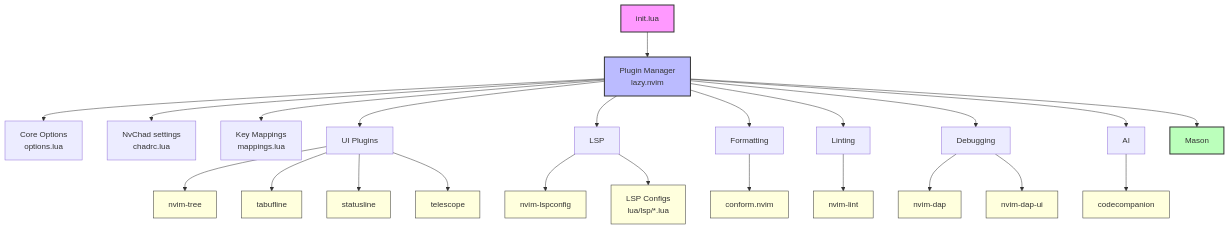
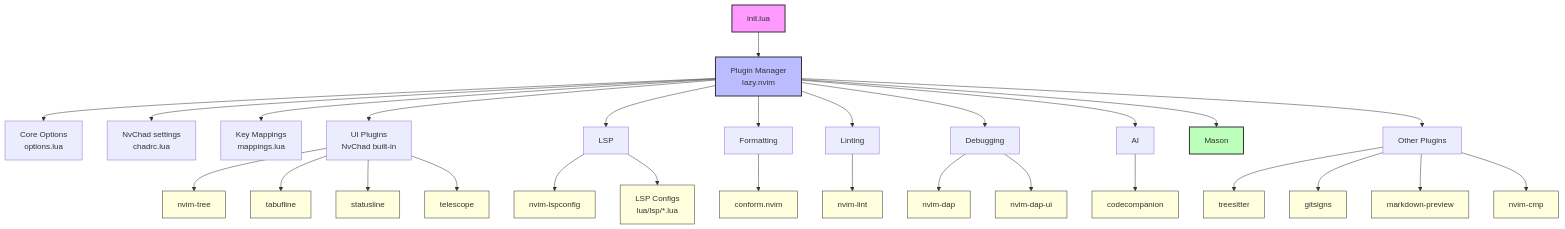
The diagram in _posts/2026-01-01-nvmegachad.md (le4ker/blog), drawn with Mermaid before and after one commit.

Commit message:
update post

````diff
--- a/_posts/2026-01-01-nvmegachad.md
+++ b/_posts/2026-01-01-nvmegachad.md
@@ -74,46 +74,57 @@
 ```mermaid!
 flowchart TD
     A[init.lua] --> B[Plugin Manager<br/>lazy.nvim]
 
     B --> C[Core Options<br/>options.lua]
     B --> C1[NvChad settings<br/>chadrc.lua]
     B --> D[Key Mappings<br/>mappings.lua]
-    B --> E[UI Plugins]
+    B --> E[UI Plugins<br/>NvChad built-in]
+
+    E --> E1[nvim-tree]
+    E --> E2[tabufline]
+    E --> E3[statusline]
+    E --> E4[telescope]
+
     B --> F[LSP]
     B --> G[Formatting]
     B --> Q[Linting]
     B --> H[Debugging]
     B --> I[AI]
     B --> P[Mason]
-
-    E --> E1[nvim-tree]
-    E --> E2[tabufline]
-    E --> E3[statusline]
-    E --> E4[telescope]
+    B --> R[Other Plugins]
 
     F --> K[nvim-lspconfig]
     F --> J[LSP Configs<br/>lua/lsp/*.lua]
 
     G --> L[conform.nvim]
     Q --> M[nvim-lint]
 
     H --> N[nvim-dap]
     H --> O[nvim-dap-ui]
 
     I --> I1[codecompanion]
+
+    R --> R1[treesitter]
+    R --> R2[gitsigns]
+    R --> R3[markdown-preview]
+    R --> R4[nvim-cmp]
 
     style A fill:#f9f,stroke:#333,stroke-width:2px
     style B fill:#bbf,stroke:#333,stroke-width:2px
     style P fill:#bfb,stroke:#333,stroke-width:2px
     style E1 fill:#ffd,stroke:#333
     style E2 fill:#ffd,stroke:#333
     style E3 fill:#ffd,stroke:#333
     style E4 fill:#ffd,stroke:#333
     style J fill:#ffd,stroke:#333
     style K fill:#ffd,stroke:#333
     style L fill:#ffd,stroke:#333
     style M fill:#ffd,stroke:#333
     style N fill:#ffd,stroke:#333
     style O fill:#ffd,stroke:#333
     style I1 fill:#ffd,stroke:#333
+    style R1 fill:#ffd,stroke:#333
+    style R2 fill:#ffd,stroke:#333
+    style R3 fill:#ffd,stroke:#333
+    style R4 fill:#ffd,stroke:#333
 ```
````
